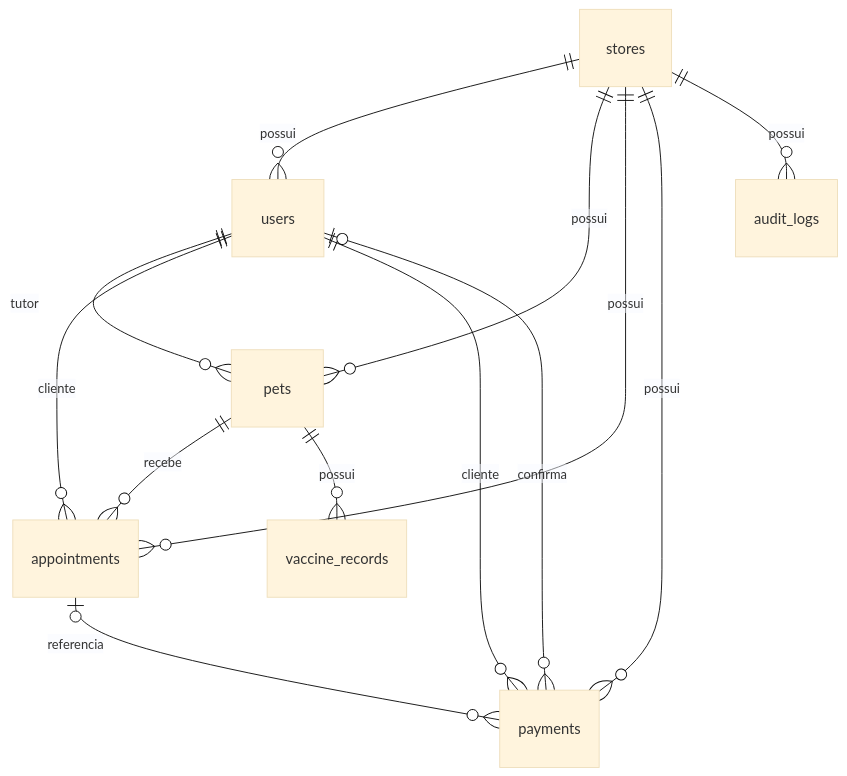
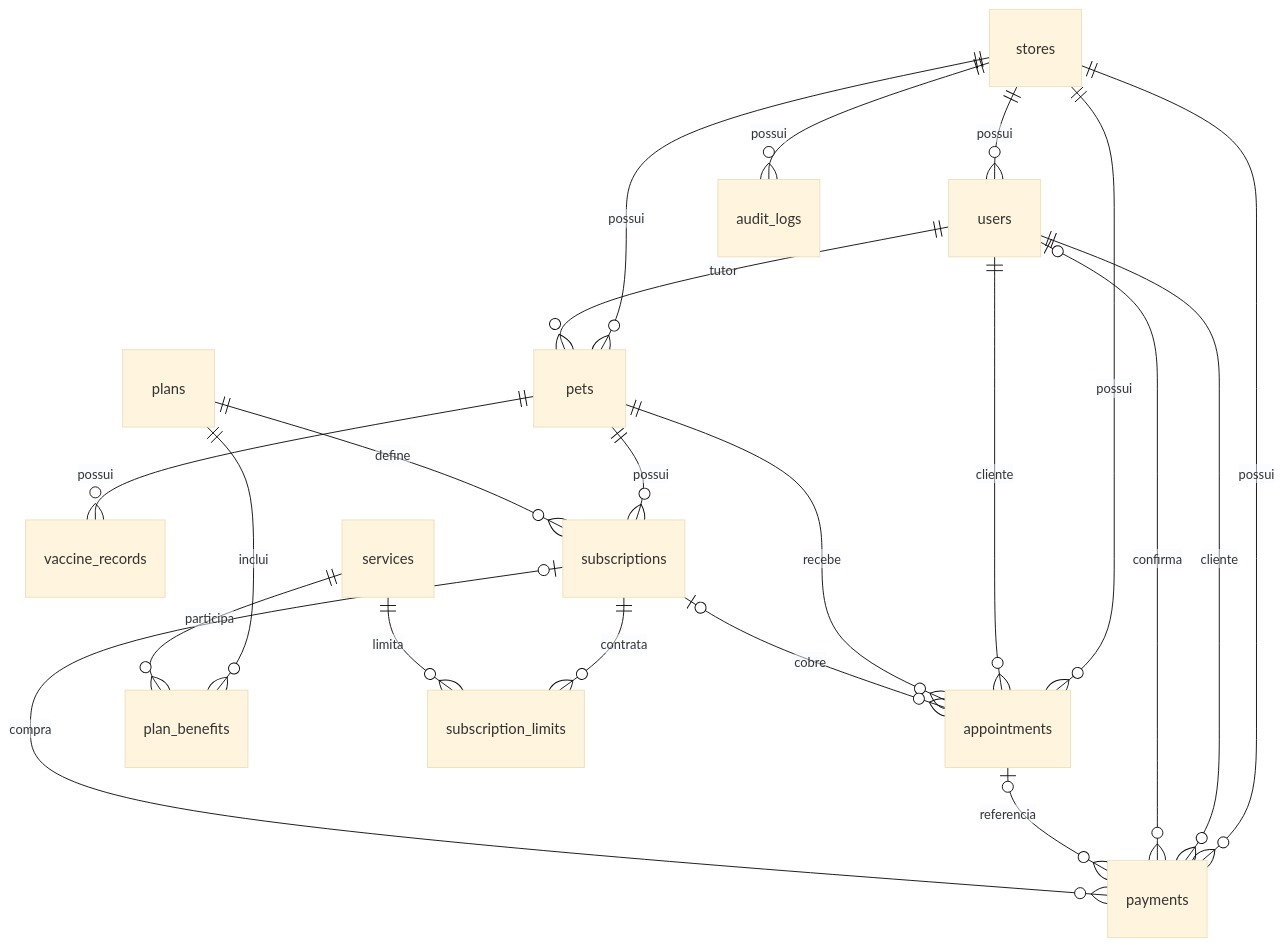
The diagram in PetLify/docs/banco-de-dados.md (calebecastro-5g/PetLify-MVP), drawn with Mermaid (base theme) before and after one commit. The commit also changed other lines of this file and 7 other files, not shown here.

Commit message:
docs: record approved roadmap and client journey validation

````diff
--- a/PetLify/docs/banco-de-dados.md
+++ b/PetLify/docs/banco-de-dados.md
@@ -15,15 +15,23 @@
 ```mermaid
 erDiagram
     stores ||--o{ users : possui
     stores ||--o{ pets : possui
     stores ||--o{ appointments : possui
     stores ||--o{ payments : possui
     stores ||--o{ audit_logs : possui
     users ||--o{ pets : tutor
     users ||--o{ appointments : cliente
     pets ||--o{ appointments : recebe
     pets ||--o{ vaccine_records : possui
     users ||--o{ payments : cliente
     users o|--o{ payments : confirma
     appointments o|--o{ payments : referencia
+    plans ||--o{ plan_benefits : inclui
+    services ||--o{ plan_benefits : participa
+    pets ||--o{ subscriptions : possui
+    plans ||--o{ subscriptions : define
+    subscriptions ||--o{ subscription_limits : contrata
+    services ||--o{ subscription_limits : limita
+    subscriptions o|--o{ appointments : cobre
+    subscriptions o|--o{ payments : compra
 ```
````
